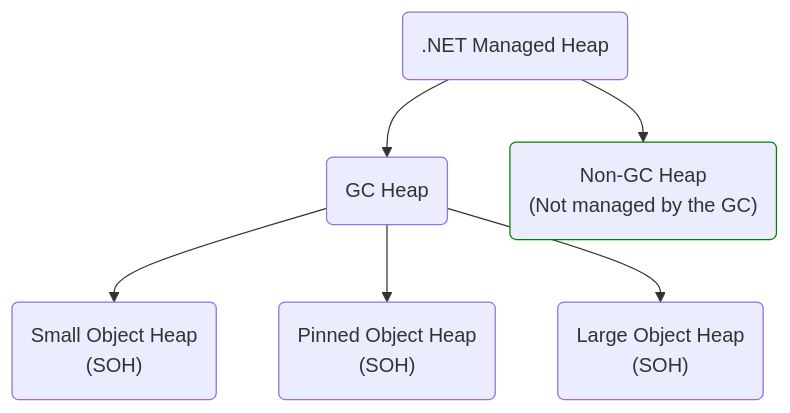
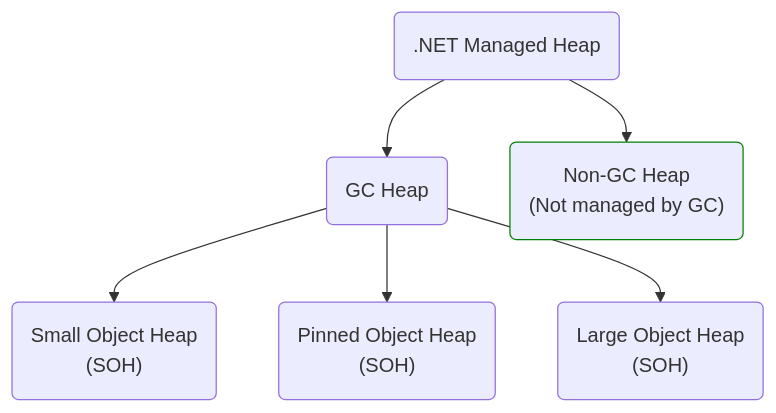
Before and after one commit to dotnet/runtime: the diagram in docs/design/features/NonGC-Heap.md, drawn with Mermaid. The commit also changed other lines of this file, not shown here.

````diff
--- a/docs/design/features/NonGC-Heap.md
+++ b/docs/design/features/NonGC-Heap.md
@@ -5,16 +5,16 @@
 ```mermaid
 flowchart
     heap(.NET Managed Heap) --> gcheap
     heap --> nongcheap
     gcheap --> soh
     gcheap --> poh
     gcheap --> loh
 
     gcheap("GC Heap")
     soh("Small Object Heap\n(SOH)")
     poh("Pinned Object Heap\n(SOH)")
     loh("Large Object Heap\n(SOH)")
-    nongcheap("Non-GC Heap\n(Not managed by the GC)")
+    nongcheap("Non-GC Heap\n(Not managed by GC)")
 
     style nongcheap stroke:green
 ```
````
